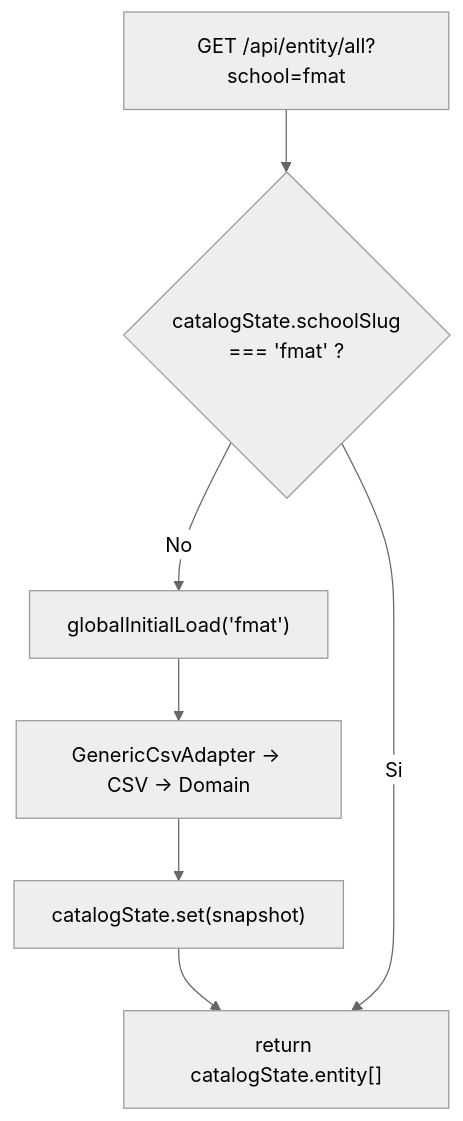
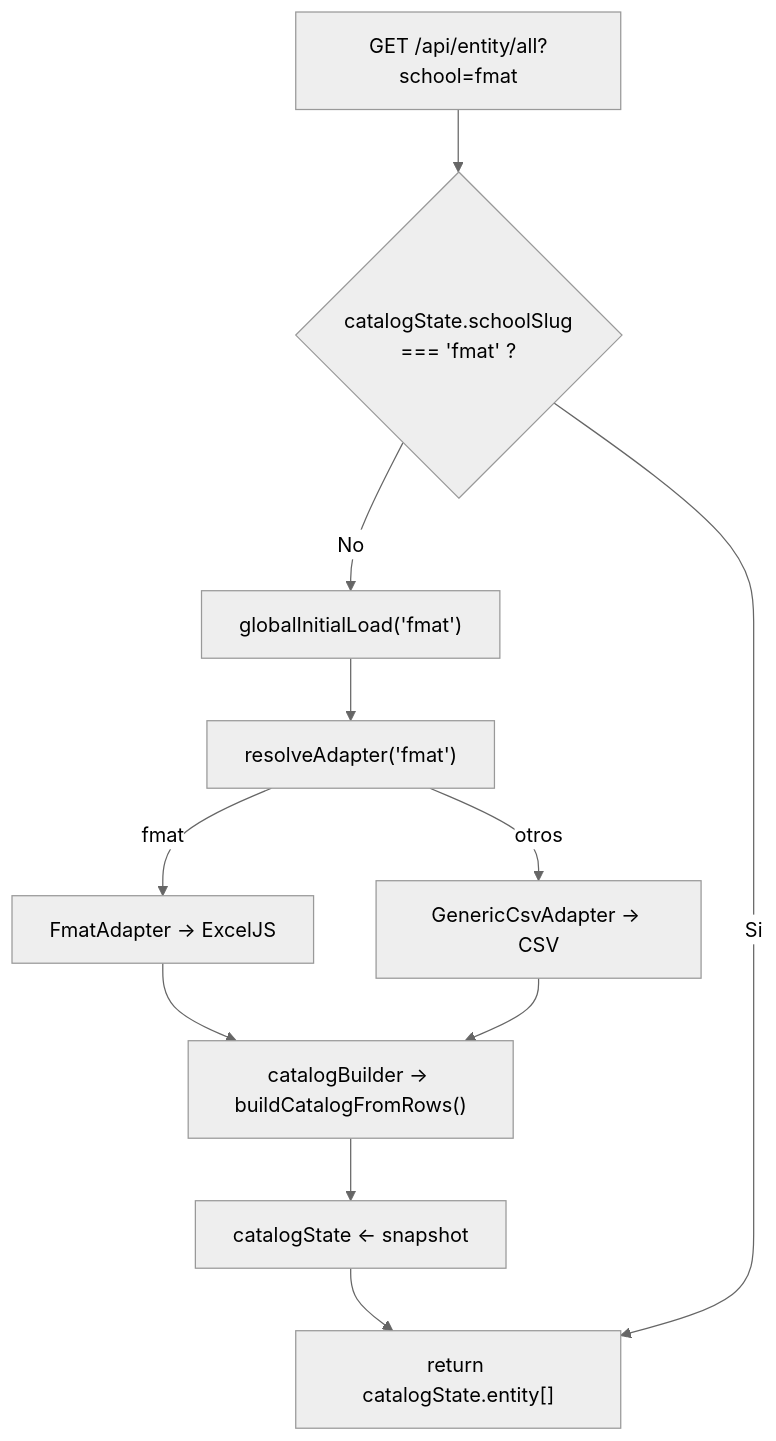
One commit to KiinMx/Kiin changed diagram 20 of 22 in docs/architecture.md. Above: the diagram before and after it, drawn with Mermaid (neutral theme). The commit also changed other lines of this file and 9 other files, not shown here.

First line of the commit message:
feat: Refactor initial load process and introduce FmatAdapter for Excel data handling

````diff
--- a/docs/architecture.md
+++ b/docs/architecture.md
@@ -629,9 +734,13 @@
 ```mermaid
 flowchart TD
     Req["GET /api/entity/all?school=fmat"] --> Check{"catalogState.schoolSlug<br/>=== 'fmat' ?"}
-    Check -->|"No"| Load["globalInitialLoad('fmat')"]
-    Load --> Read["GenericCsvAdapter → CSV → Domain"]
-    Read --> Set["catalogState.set(snapshot)"]
+    Check -->|"No"| GIL["globalInitialLoad('fmat')"]
+    GIL --> Factory["resolveAdapter('fmat')"]
+    Factory -->|"fmat"| Fmat["FmatAdapter → ExcelJS"]
+    Factory -->|"otros"| Gen["GenericCsvAdapter → CSV"]
+    Fmat --> Build["catalogBuilder → buildCatalogFromRows()"]
+    Gen --> Build
+    Build --> Set["catalogState ← snapshot"]
     Set --> Return
     Check -->|"Si"| Return["return catalogState.entity[]"]
 ```
````
